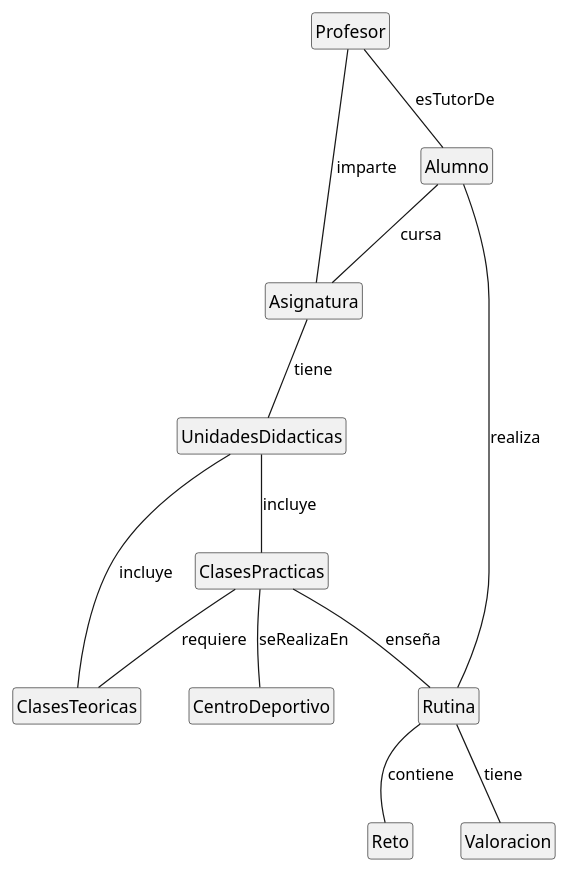
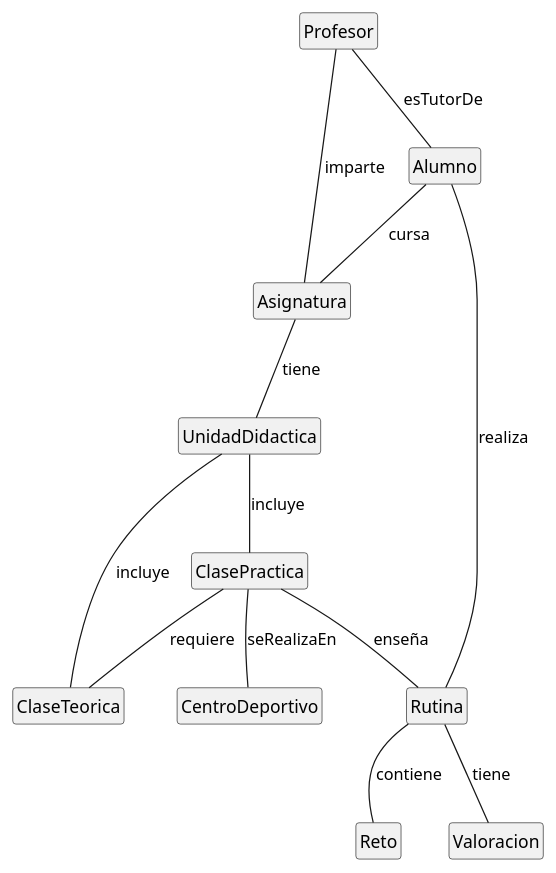
One commit to mmasias/24-25-IdSw1-SDR changed the diagram in Documentos/ModelosUML/evas.puml. Above: the diagram before and after it, drawn with PlantUML.

Commit message:
Todas las clases en singular

```diff
--- a/Documentos/ModelosUML/evas.puml
+++ b/Documentos/ModelosUML/evas.puml
@@ -1,32 +1,32 @@
 @startuml
 
 hide circle
 hide empty members
 
 class Profesor {}
 class Alumno {}
 class Asignatura {}
-class UnidadesDidacticas {}
-class ClasesPracticas {
+class UnidadDidactica {}
+class ClasePractica {
    
 }
-class ClasesTeoricas {}
+class ClaseTeorica {}
 class CentroDeportivo {}
 class Rutina {}
 class Reto {}
 class Valoracion {}
 
 Profesor -- Alumno : esTutorDe
 Profesor -- Asignatura : imparte
-Asignatura -- UnidadesDidacticas : tiene
-UnidadesDidacticas -- ClasesPracticas : incluye
-UnidadesDidacticas -- ClasesTeoricas : incluye
+Asignatura -- UnidadDidactica : tiene
+UnidadDidactica -- ClasePractica : incluye
+UnidadDidactica -- ClaseTeorica : incluye
 Alumno -- Asignatura : cursa
-ClasesPracticas -- CentroDeportivo : seRealizaEn
-ClasesPracticas -- Rutina : enseña
+ClasePractica -- CentroDeportivo : seRealizaEn
+ClasePractica -- Rutina : enseña
 Rutina -- Reto : contiene
 Rutina -- Valoracion: tiene
 Alumno -- Rutina: realiza
 
-ClasesPracticas -- ClasesTeoricas : requiere
+ClasePractica -- ClaseTeorica : requiere
 @enduml
```
